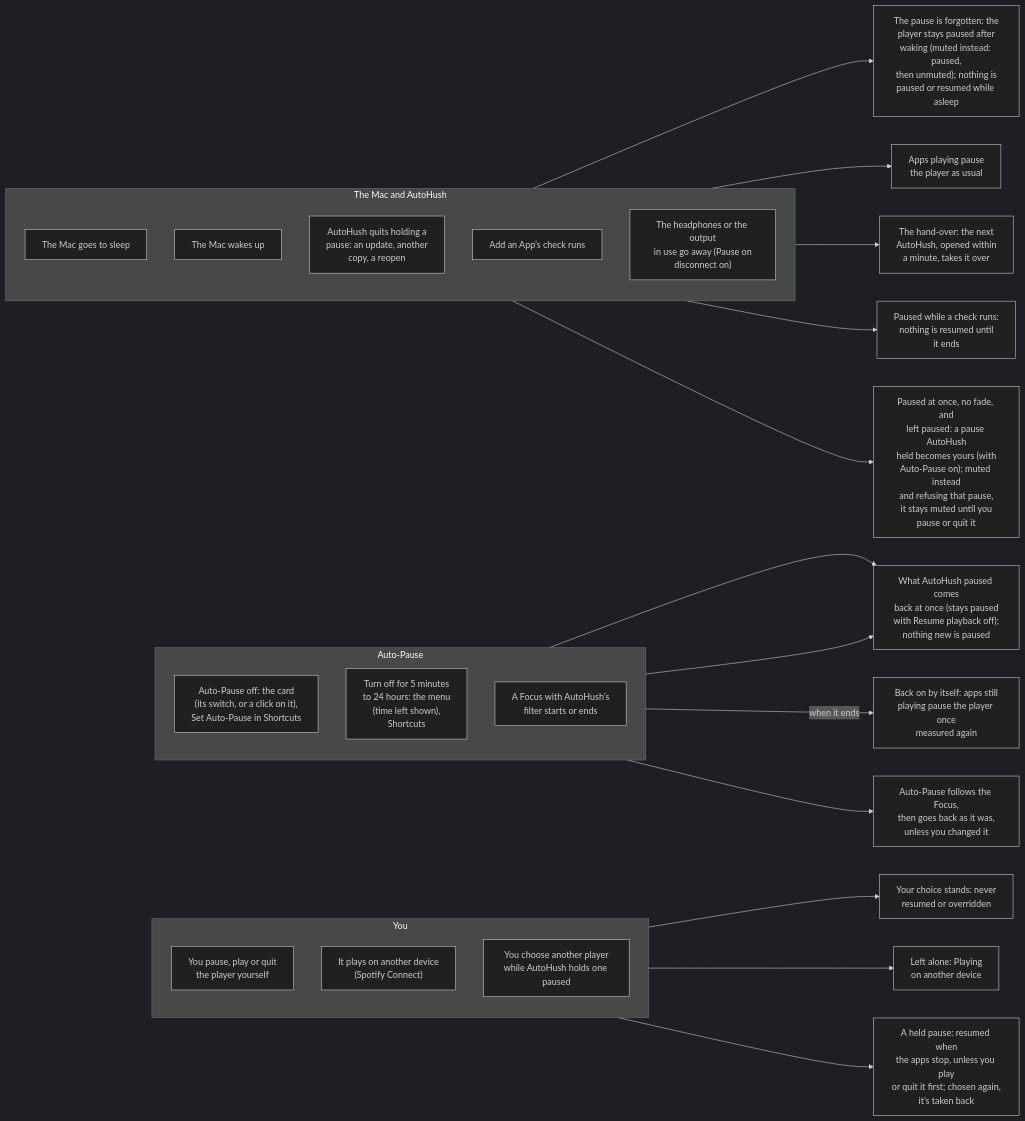
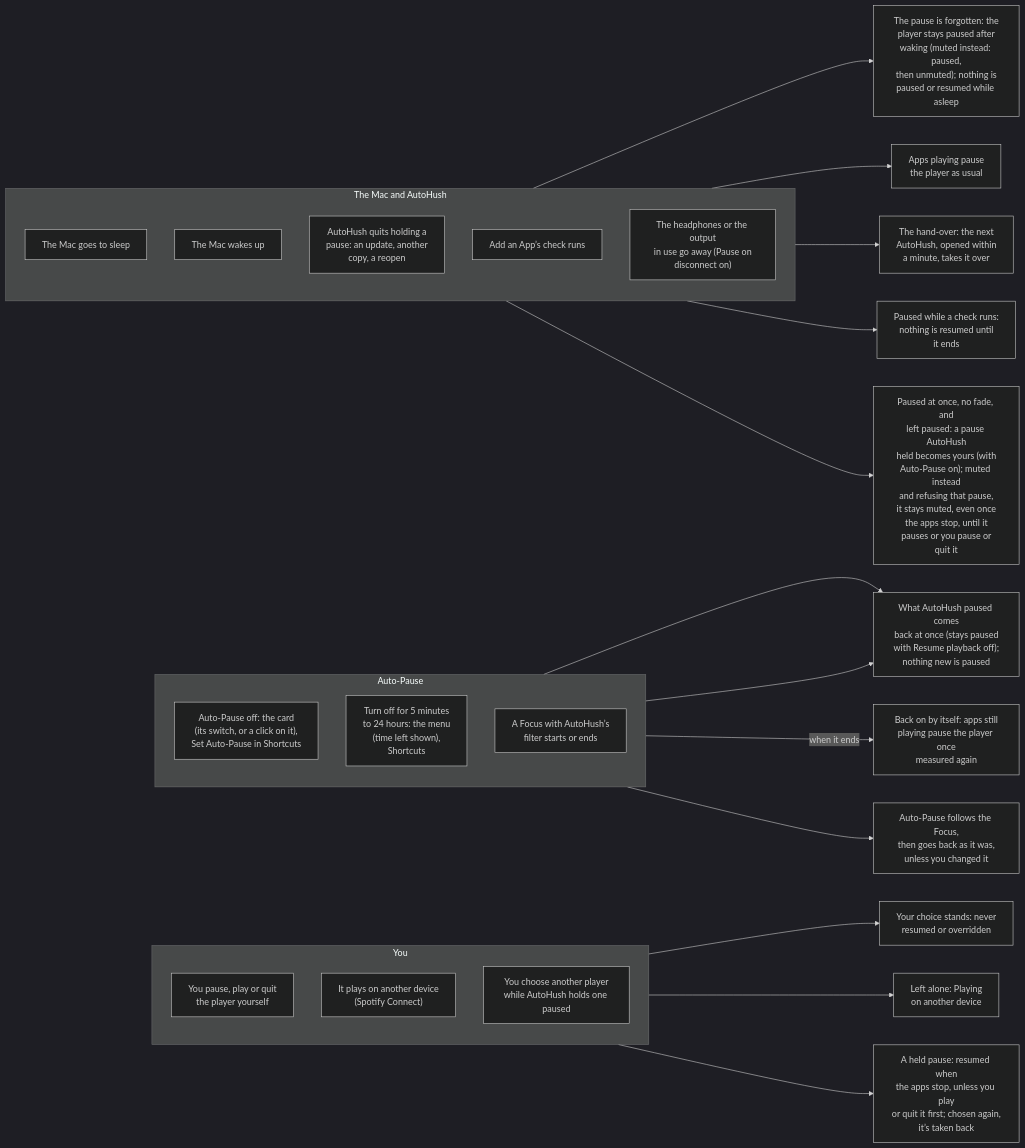
The fourth of 14 diagrams in WORKFLOWS.md (hfustercabre/AutoHush), drawn with Mermaid (dark theme) before and after one commit. The commit also changed other lines of this file and 46 other files, not shown here.

````diff
--- a/WORKFLOWS.md
+++ b/WORKFLOWS.md
@@ -245,47 +245,47 @@
 ```mermaid
 flowchart LR
   subgraph YOU["You"]
     direction TB
     E1["You pause, play or quit<br/>the player yourself"]
     E2["It plays on another device<br/>(Spotify Connect)"]
     E3["You choose another player<br/>while AutoHush holds one paused"]
   end
   subgraph AUTO["Auto-Pause"]
     direction TB
     E4["Auto-Pause off: the card<br/>(its switch, or a click on it),<br/>Set Auto-Pause in Shortcuts"]
     E5["Turn off for 5 minutes<br/>to 24 hours: the menu<br/>(time left shown),<br/>Shortcuts"]
     E6["A Focus with AutoHush’s<br/>filter starts or ends"]
   end
   subgraph MAC["The Mac and AutoHush"]
     direction TB
     E7["The Mac goes to sleep"]
     E8["The Mac wakes up"]
     E9["AutoHush quits holding a<br/>pause: an update, another<br/>copy, a reopen"]
     E10["Add an App’s check runs"]
     E11["The headphones or the output<br/>in use go away (Pause on<br/>disconnect on)"]
   end
   R1["Your choice stands: never<br/>resumed or overridden"]
   R2["Left alone: Playing<br/>on another device"]
   R3["A held pause: resumed when<br/>the apps stop, unless you play<br/>or quit it first; chosen again,<br/>it’s taken back"]
   R4["What AutoHush paused comes<br/>back at once (stays paused<br/>with Resume playback off);<br/>nothing new is paused"]
   R5["Back on by itself: apps still<br/>playing pause the player once<br/>measured again"]
   R6["Auto-Pause follows the Focus,<br/>then goes back as it was,<br/>unless you changed it"]
   R7["The pause is forgotten: the<br/>player stays paused after<br/>waking (muted instead: paused,<br/>then unmuted); nothing is<br/>paused or resumed while asleep"]
   R8["Apps playing pause<br/>the player as usual"]
   R9["The hand-over: the next<br/>AutoHush, opened within<br/>a minute, takes it over"]
   R10["Paused while a check runs:<br/>nothing is resumed until<br/>it ends"]
-  R11["Paused at once, no fade, and<br/>left paused: a pause AutoHush<br/>held becomes yours (with<br/>Auto-Pause on); muted instead<br/>and refusing that pause,<br/>it stays muted until you<br/>pause or quit it"]
+  R11["Paused at once, no fade, and<br/>left paused: a pause AutoHush<br/>held becomes yours (with<br/>Auto-Pause on); muted instead<br/>and refusing that pause,<br/>it stays muted, even once<br/>the apps stop, until it<br/>pauses or you pause or<br/>quit it"]
 
   E1 --> R1
   E2 --> R2
   E3 --> R3
   E4 --> R4
   E5 --> R4
   E5 -->|"when it ends"| R5
   E6 --> R6
   E7 --> R7
   E8 --> R8
   E9 --> R9
   E10 --> R10
   E11 --> R11
 ```
````
